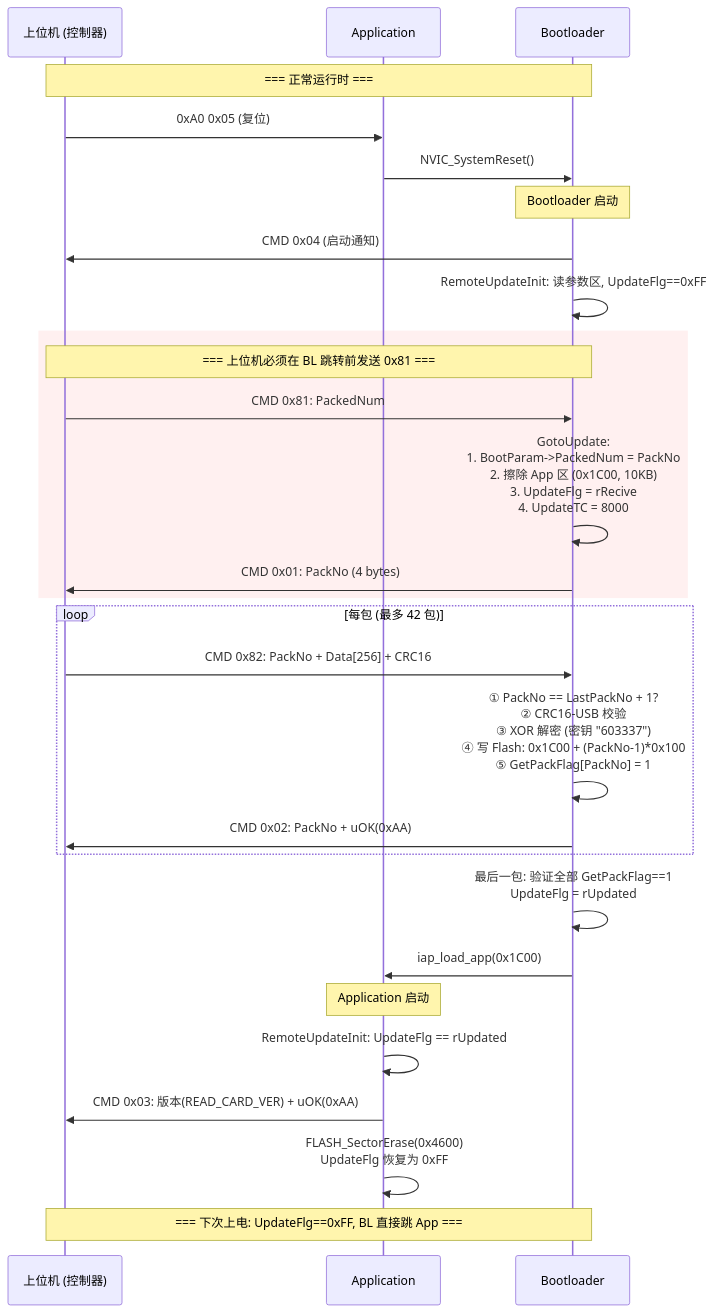
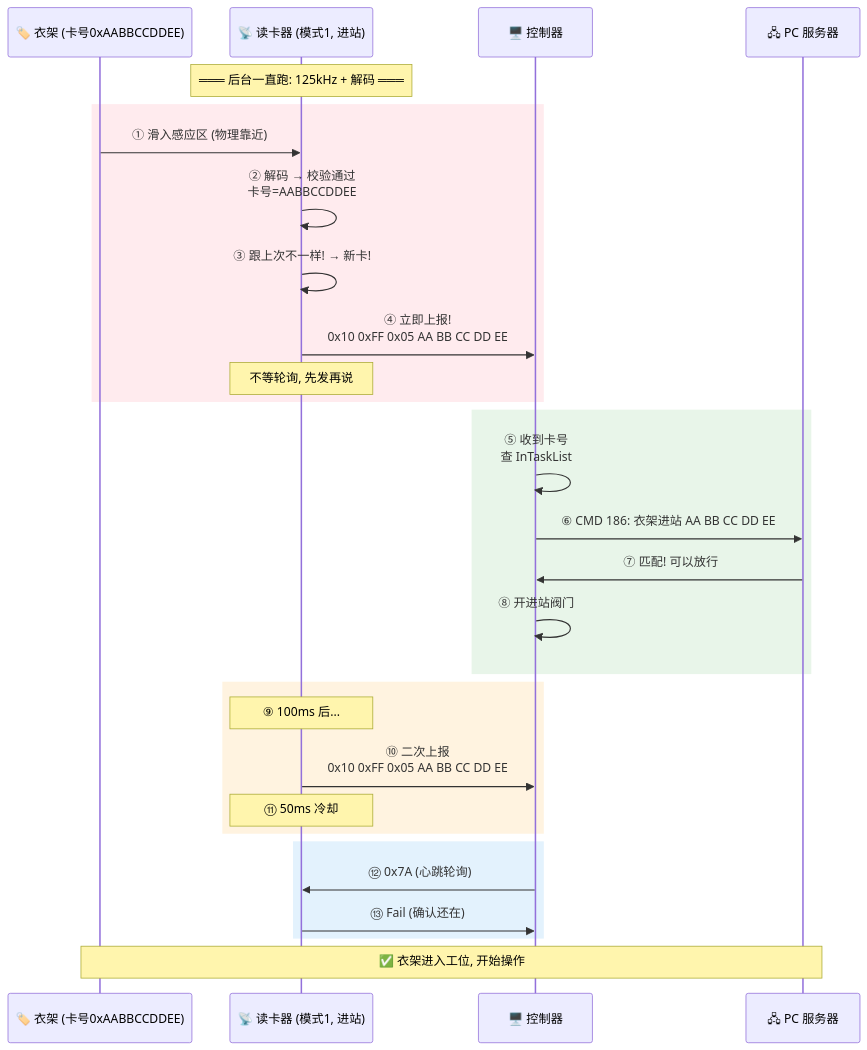
Diagram 11 of 14 in 工作/SR3读卡器/260802SR3读卡器需求.md (Siaiai/ObsidianNote), drawn with Mermaid before and after one commit. The commit also changed other lines of this file, not shown here.

````diff
--- a/工作/SR3读卡器/260802SR3读卡器需求.md
+++ b/工作/SR3读卡器/260802SR3读卡器需求.md
@@ -847,37 +359,37 @@
 ```mermaid
 sequenceDiagram
-    participant Host as 上位机 (控制器)
-    participant App as Application
-    participant BL as Bootloader
+    participant 衣架 as 🏷️ 衣架 (卡号0xAABBCCDDEE)
+    participant 读卡器 as 📡 读卡器 (模式1, 进站)
+    participant 控制器 as 🖥️ 控制器
+    participant PC as 🖧 PC 服务器
 
-    Note over Host,BL: === 正常运行时 ===
-    Host->>App: 0xA0 0x05 (复位)
-    App->>BL: NVIC_SystemReset()
+    Note over 读卡器: ═══ 后台一直跑: 125kHz + 解码 ═══
 
-    Note over BL: Bootloader 启动
-    BL->>Host: CMD 0x04 (启动通知)
-    BL->>BL: RemoteUpdateInit: 读参数区, UpdateFlg==0xFF
-
-    rect rgb(255, 240, 240)
-        Note over Host,BL: === 上位机必须在 BL 跳转前发送 0x81 ===
-        Host->>BL: CMD 0x81: PackedNum
-        BL->>BL: GotoUpdate:<br/>1. BootParam->PackedNum = PackNo<br/>2. 擦除 App 区 (0x1C00, 10KB)<br/>3. UpdateFlg = rRecive<br/>4. UpdateTC = 8000
-        BL->>Host: CMD 0x01: PackNo (4 bytes)
+    rect rgb(255, 235, 238)
+        衣架->>读卡器: ① 滑入感应区 (物理靠近)
+        读卡器->>读卡器: ② 解码 → 校验通过<br/>卡号=AABBCCDDEE
+        读卡器->>读卡器: ③ 跟上次不一样! → 新卡!
+        读卡器->>控制器: ④ 立即上报!<br/>0x10 0xFF 0x05 AA BB CC DD EE
+        Note over 读卡器: 不等轮询, 先发再说
     end
 
-    loop 每包 (最多 42 包)
-        Host->>BL: CMD 0x82: PackNo + Data[256] + CRC16
-        BL->>BL: ① PackNo == LastPackNo + 1?<br/>② CRC16-USB 校验<br/>③ XOR 解密 (密钥 "603337")<br/>④ 写 Flash: 0x1C00 + (PackNo-1)*0x100<br/>⑤ GetPackFlag[PackNo] = 1
-        BL->>Host: CMD 0x02: PackNo + uOK(0xAA)
+    rect rgb(232, 245, 233)
+        控制器->>控制器: ⑤ 收到卡号<br/>查 InTaskList
+        控制器->>PC: ⑥ CMD 186: 衣架进站 AA BB CC DD EE
+        PC->>控制器: ⑦ 匹配! 可以放行
+        控制器->>控制器: ⑧ 开进站阀门
     end
 
-    BL->>BL: 最后一包: 验证全部 GetPackFlag==1<br/>UpdateFlg = rUpdated
-    BL->>App: iap_load_app(0x1C00)
+    rect rgb(255, 243, 224)
+        Note over 读卡器: ⑨ 100ms 后...
+        读卡器->>控制器: ⑩ 二次上报<br/>0x10 0xFF 0x05 AA BB CC DD EE
+        Note over 读卡器: ⑪ 50ms 冷却
+    end
 
-    Note over App: Application 启动
-    App->>App: RemoteUpdateInit: UpdateFlg == rUpdated
-    App->>Host: CMD 0x03: 版本(READ_CARD_VER) + uOK(0xAA)
-    App->>App: FLASH_SectorErase(0x4600)<br/>UpdateFlg 恢复为 0xFF
+    rect rgb(227, 242, 253)
+        控制器->>读卡器: ⑫ 0x7A (心跳轮询)
+        读卡器->>控制器: ⑬ Fail (确认还在)
+    end
 
-    Note over Host,BL: === 下次上电: UpdateFlg==0xFF, BL 直接跳 App ===
+    Note over 衣架,PC: ✅ 衣架进入工位, 开始操作
 ```
````
